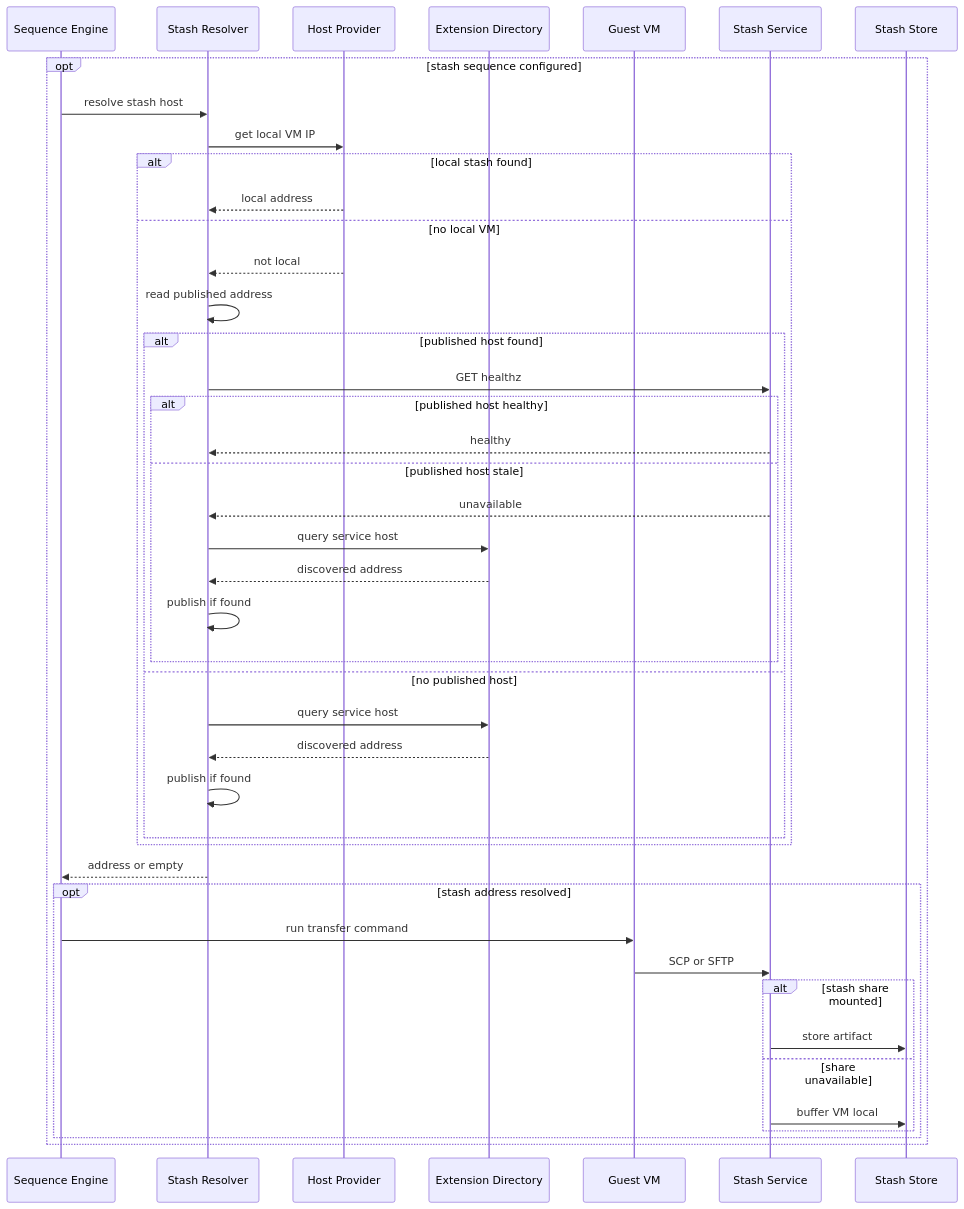
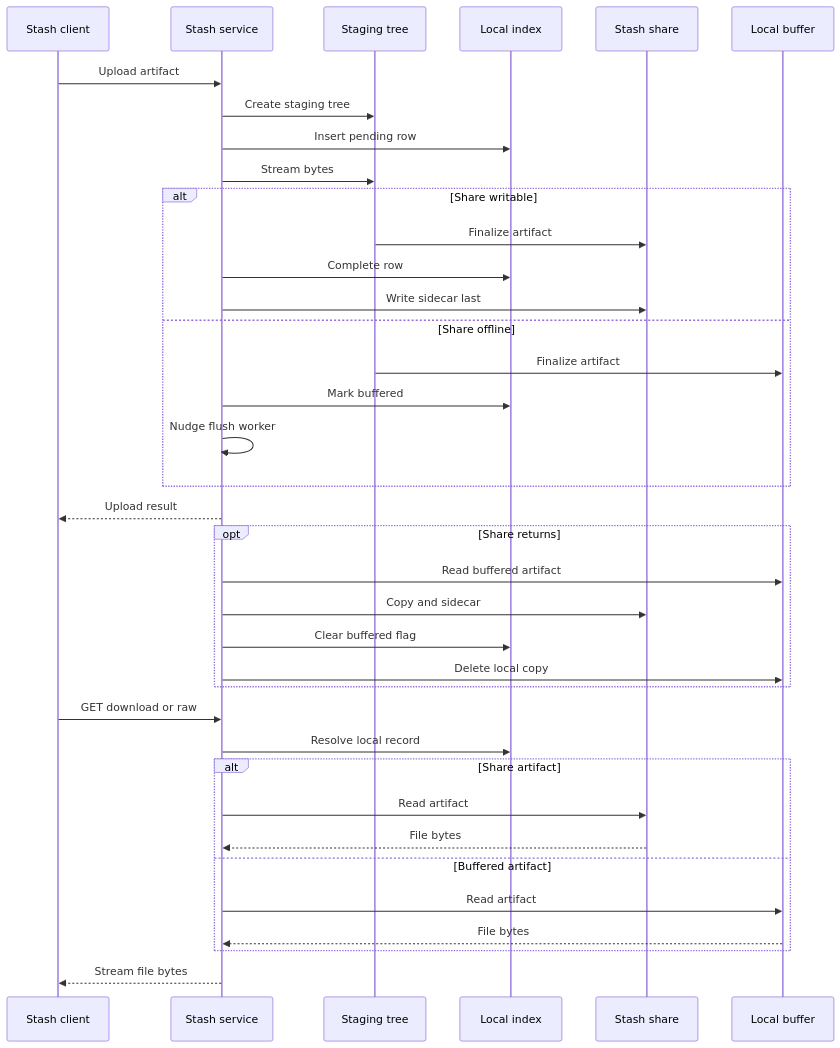
The fourth of 5 diagrams in docs/design/03-data-flows.md (alissonsol/yuruna), drawn with Mermaid before and after one commit. The commit also changed other lines of this file and 901 other files, not shown here.

````diff
--- a/docs/design/03-data-flows.md
+++ b/docs/design/03-data-flows.md
@@ -301,48 +175,39 @@
 ```mermaid
 sequenceDiagram
-  participant sequence-engine as Sequence Engine
-  participant stash-resolver as Stash Resolver
-  participant host-provider as Host Provider
-  participant extension-directory as Extension Directory
-  participant guest-vm as Guest VM
-  participant stash-service as Stash Service
-  participant stash-store as Stash Store
-
-  %% optional -- this flow requires a stash-enabled sequence
-  opt stash sequence configured
-    sequence-engine->>stash-resolver: resolve stash host
-    stash-resolver->>host-provider: get local VM IP
-    alt local stash found
-      host-provider-->>stash-resolver: local address
-    else no local VM
-      host-provider-->>stash-resolver: not local
-      stash-resolver->>stash-resolver: read published address
-      alt published host found
-        stash-resolver->>stash-service: GET healthz
-        alt published host healthy
-          stash-service-->>stash-resolver: healthy
-        else published host stale
-          stash-service-->>stash-resolver: unavailable
-          stash-resolver->>extension-directory: query service host
-          extension-directory-->>stash-resolver: discovered address
-          stash-resolver->>stash-resolver: publish if found
-        end
-      else no published host
-        stash-resolver->>extension-directory: query service host
-        extension-directory-->>stash-resolver: discovered address
-        stash-resolver->>stash-resolver: publish if found
-      end
+    participant stash-client as Stash client
+    participant stash-service as Stash service
+    participant staging-tree as Staging tree
+    participant local-index as Local index
+    participant stash-share as Stash share
+    participant local-buffer as Local buffer
+    stash-client->>stash-service: Upload artifact
+    stash-service->>staging-tree: Create staging tree
+    stash-service->>local-index: Insert pending row
+    stash-service->>staging-tree: Stream bytes
+    alt Share writable
+        staging-tree->>stash-share: Finalize artifact
+        stash-service->>local-index: Complete row
+        stash-service->>stash-share: Write sidecar last
+    else Share offline
+        staging-tree->>local-buffer: Finalize artifact
+        stash-service->>local-index: Mark buffered
+        stash-service->>stash-service: Nudge flush worker
     end
-    stash-resolver-->>sequence-engine: address or empty
-    %% optional -- transfer requires a resolved address
-    opt stash address resolved
-      sequence-engine->>guest-vm: run transfer command
-      guest-vm->>stash-service: SCP or SFTP
-      alt stash share mounted
-        stash-service->>stash-store: store artifact
-      else share unavailable
-        stash-service->>stash-store: buffer VM local
-      end
+    stash-service-->>stash-client: Upload result
+    opt Share returns
+        stash-service->>local-buffer: Read buffered artifact
+        stash-service->>stash-share: Copy and sidecar
+        stash-service->>local-index: Clear buffered flag
+        stash-service->>local-buffer: Delete local copy
     end
-  end
+    stash-client->>stash-service: GET download or raw
+    stash-service->>local-index: Resolve local record
+    alt Share artifact
+        stash-service->>stash-share: Read artifact
+        stash-share-->>stash-service: File bytes
+    else Buffered artifact
+        stash-service->>local-buffer: Read artifact
+        local-buffer-->>stash-service: File bytes
+    end
+    stash-service-->>stash-client: Stream file bytes
 ```
````
